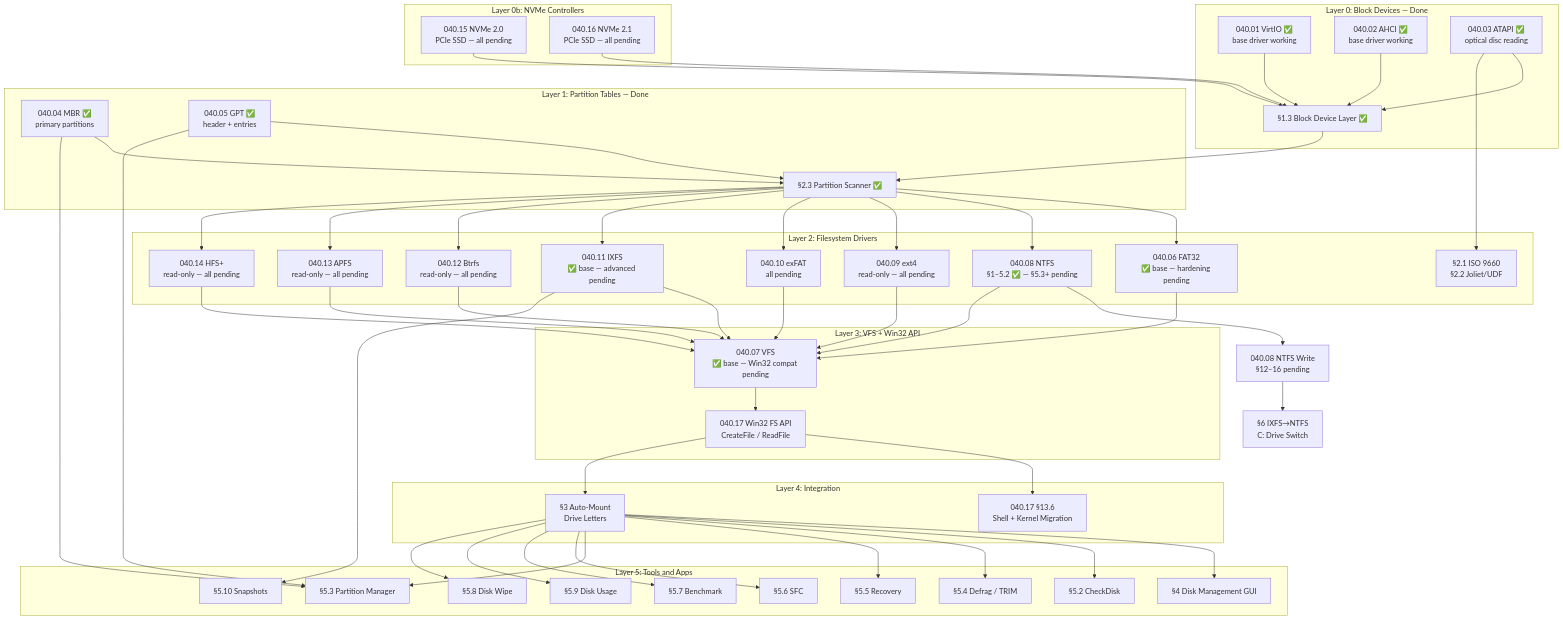
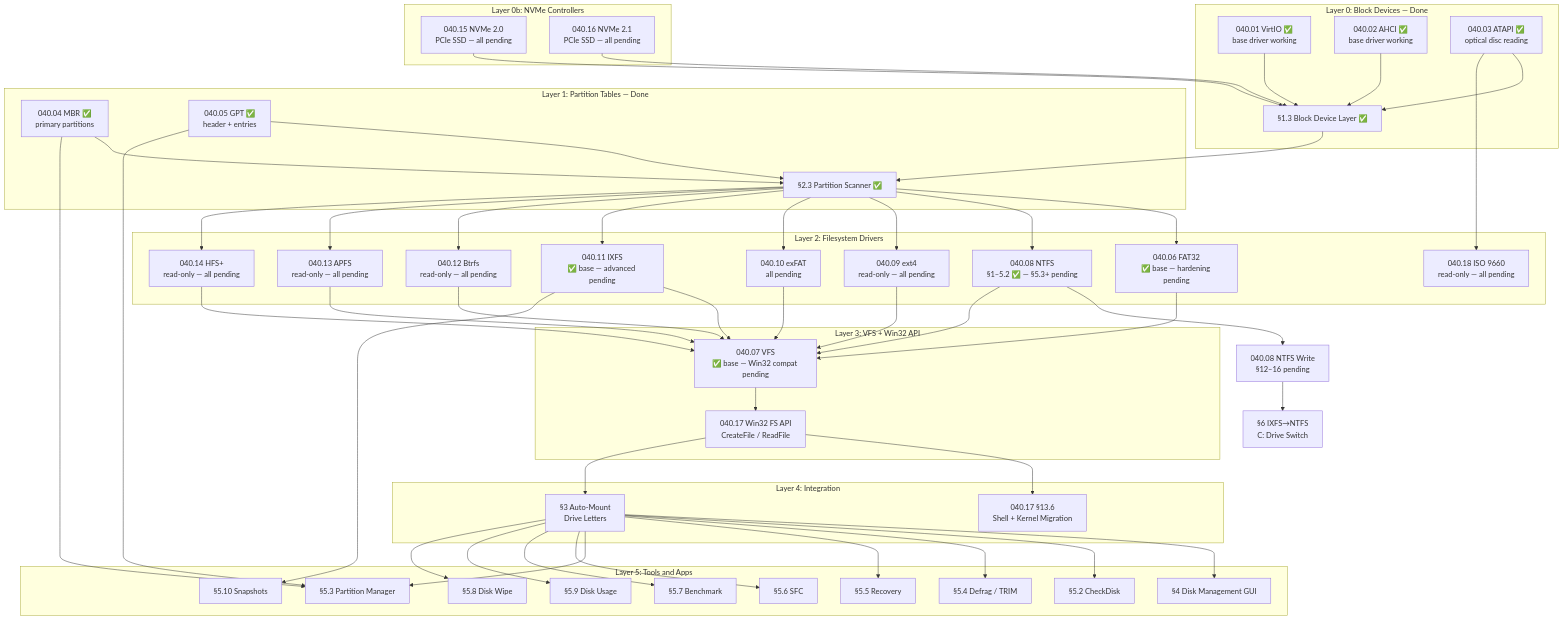
The diagram in todo/010-Kernel-Foundations/TODO-040-Filesystem.md (rizonesoft/impossible-os), drawn with Mermaid before and after one commit. The commit also changed other lines of this file and 14 other files, not shown here.

Commit message:
todo: add TODO-040.18 ISO 9660 / ECMA-119 roadmap

```diff
--- a/todo/010-Kernel-Foundations/TODO-040-Filesystem.md
+++ b/todo/010-Kernel-Foundations/TODO-040-Filesystem.md
@@ -68,7 +69,7 @@
         BTRFS["040.12 Btrfs<br/>read-only — all pending"]
         APFS["040.13 APFS<br/>read-only — all pending"]
         HFSPLUS["040.14 HFS+<br/>read-only — all pending"]
-        ISO["§2.1 ISO 9660<br/>§2.2 Joliet/UDF"]
+        ISO["040.18 ISO 9660<br/>read-only — all pending"]
     end
 
     subgraph "Layer 3: VFS + Win32 API"
```
